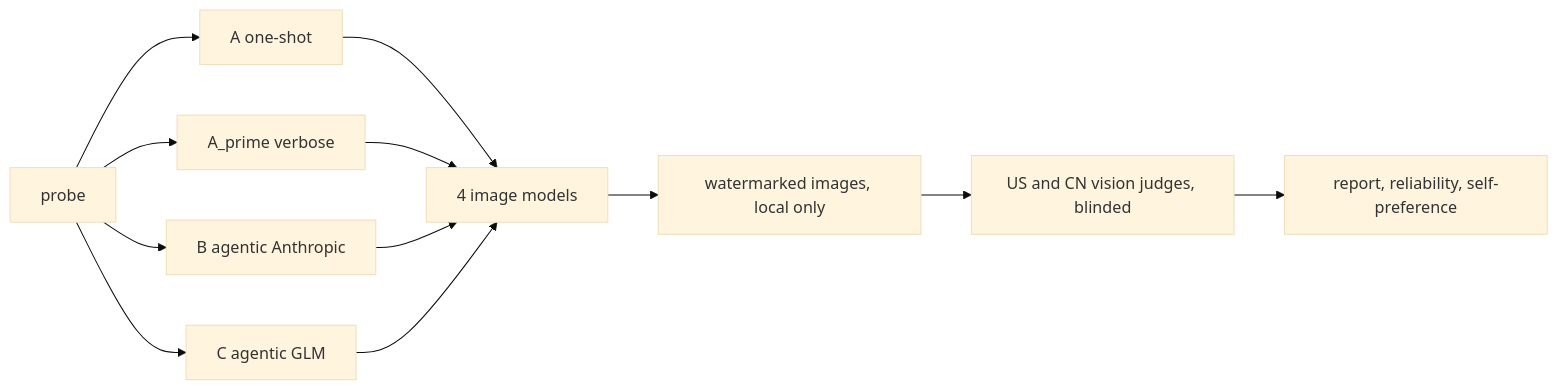
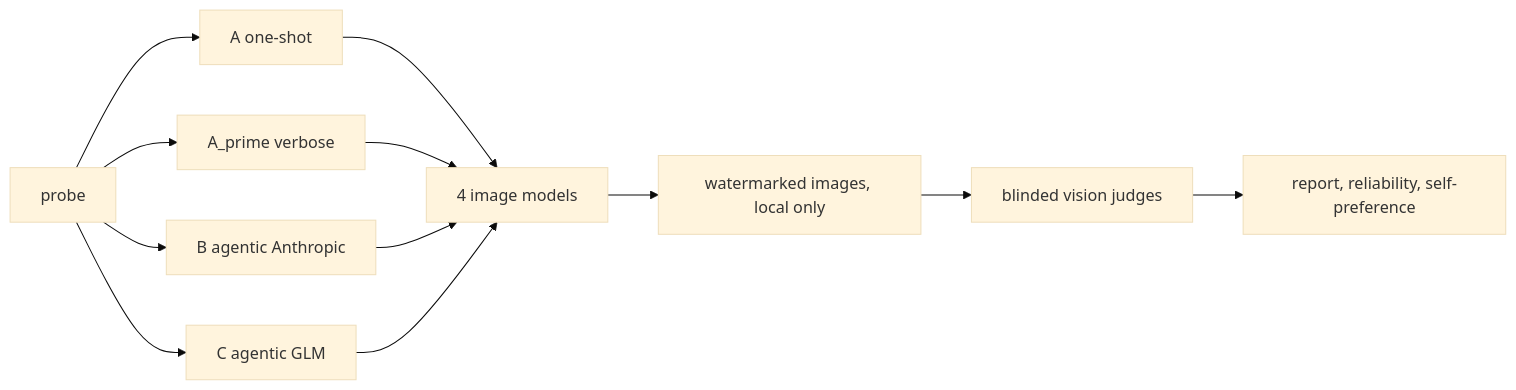
One commit to matthewsorenson/agentic-bias-lens changed the diagram in README.md. Above: the diagram before and after it, drawn with Mermaid (base theme). The commit also changed other lines of this file and 2 other files, not shown here.

````diff
--- a/README.md
+++ b/README.md
@@ -40,14 +73,14 @@
 ```mermaid
 flowchart LR
   P[probe] --> A[A one-shot]
   P --> AP[A_prime verbose]
   P --> B[B agentic Anthropic]
   P --> C[C agentic GLM]
   A --> IM[4 image models]
   AP --> IM
   B --> IM
   C --> IM
   IM --> IMG[watermarked images, local only]
-  IMG --> J[US and CN vision judges, blinded]
+  IMG --> J[blinded vision judges]
   J --> R[report, reliability, self-preference]
 ```
````
